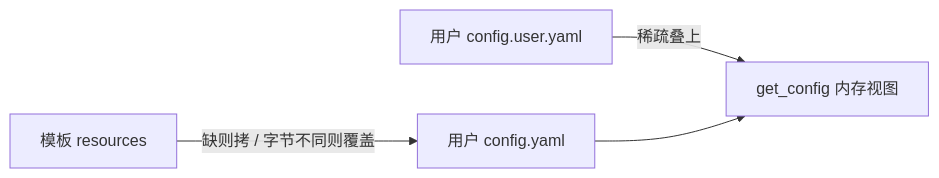
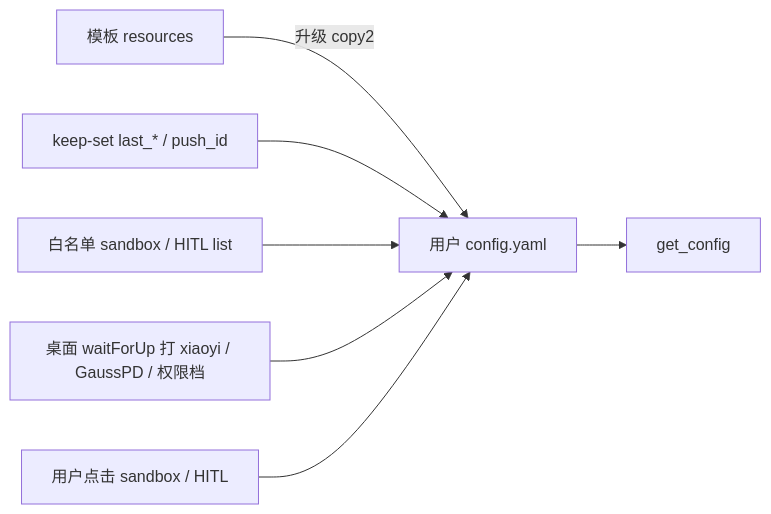
One commit to openJiuwen-ai/jiuwenswarm changed the first of 2 diagrams in docs/zh/配置分层与升级.md. Above: the diagram before and after it, drawn with Mermaid. The commit also changed other lines of this file and 19 other files, not shown here.

First line of the commit message:
feat(config): 取消独立 overlay，升级按模板戳与白名单写回 config.yaml

````diff
--- a/docs/zh/配置分层与升级.md
+++ b/docs/zh/配置分层与升级.md
@@ -19,6 +25,9 @@
 ```mermaid
 flowchart LR
-  T[模板 resources] -->|缺则拷 / 字节不同则覆盖| S[用户 config.yaml]
-  U[用户 config.user.yaml] -->|稀疏叠上| M[get_config 内存视图]
-  S --> M
+  T[模板 resources] -->|升级 copy2| S[用户 config.yaml]
+  Keep[keep-set last_* / push_id] --> S
+  Allow[白名单 sandbox / HITL list] --> S
+  Desk[桌面 waitForUp 打 xiaoyi / GaussPD / 权限档] --> S
+  Click[用户点击 sandbox / HITL] --> S
+  S --> M[get_config]
 ```
````
